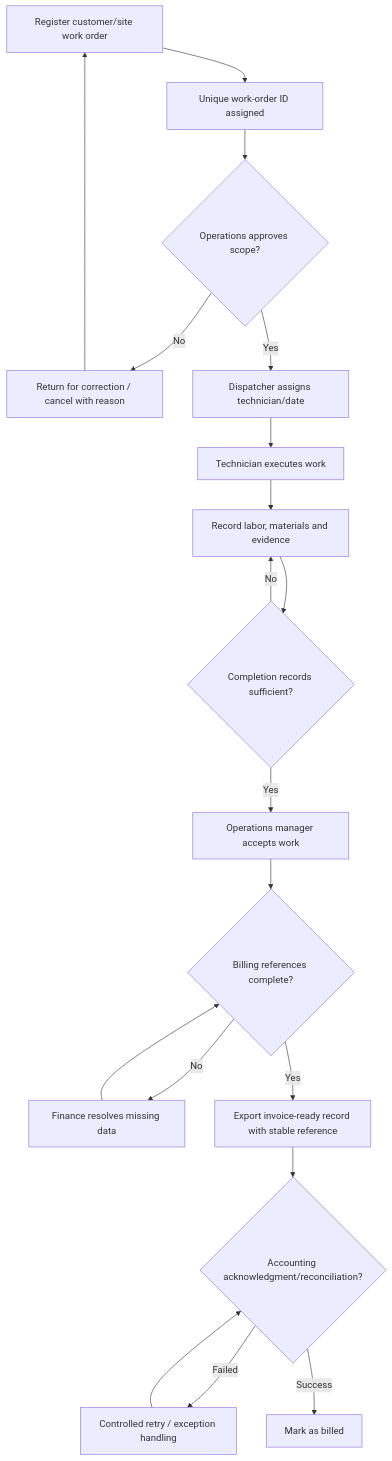
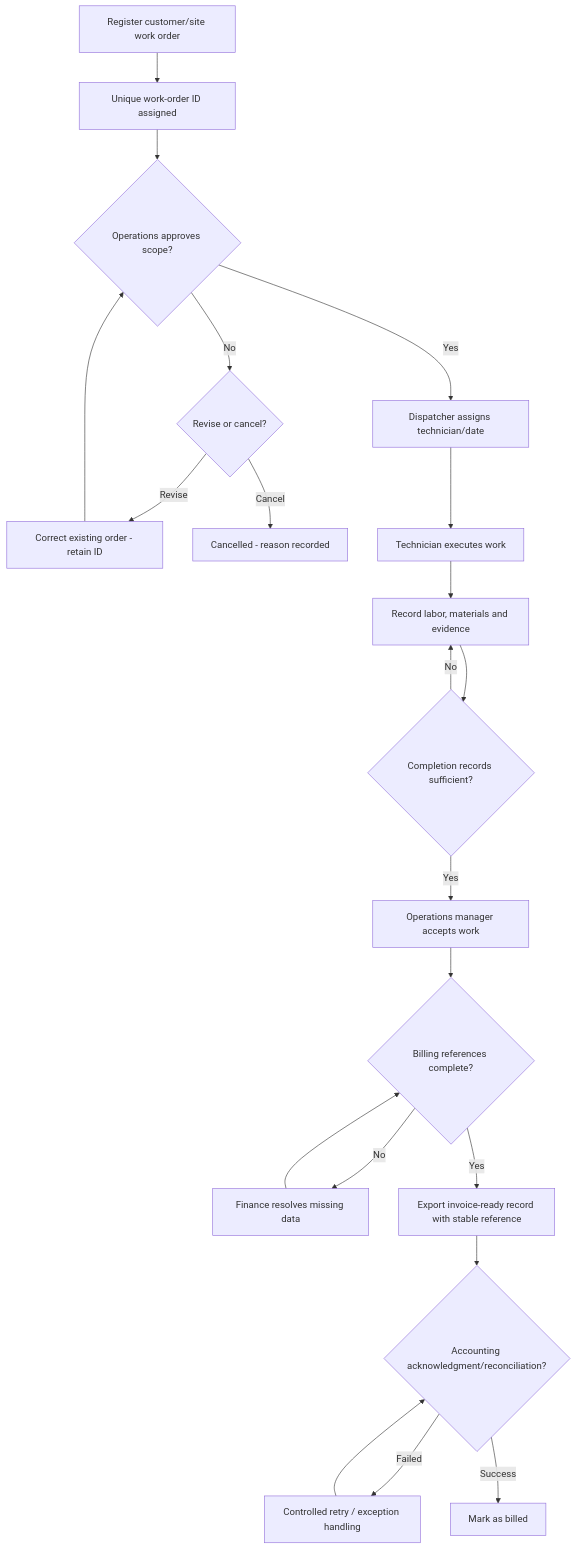
Before and after one commit to polabroda/ERP_Business_Analysis: the diagram in diagrams/process_to_be.md, drawn with Mermaid.

````diff
--- a/diagrams/process_to_be.md
+++ b/diagrams/process_to_be.md
@@ -3,21 +3,23 @@
 ```mermaid
 flowchart TD
   A[Register customer/site work order] --> B[Unique work-order ID assigned]
   B --> C{Operations approves scope?}
-  C -- No --> D[Return for correction / cancel with reason]
-  D --> A
+  C -- No --> D{Revise or cancel?}
+  D -- Revise --> P[Correct existing order - retain ID]
+  P --> C
+  D -- Cancel --> Q[Cancelled - reason recorded]
   C -- Yes --> E[Dispatcher assigns technician/date]
   E --> F[Technician executes work]
   F --> G[Record labor, materials and evidence]
   G --> H{Completion records sufficient?}
   H -- No --> G
   H -- Yes --> I[Operations manager accepts work]
   I --> J{Billing references complete?}
   J -- No --> K[Finance resolves missing data]
   K --> J
   J -- Yes --> L[Export invoice-ready record with stable reference]
   L --> M{Accounting acknowledgment/reconciliation?}
   M -- Failed --> N[Controlled retry / exception handling]
   N --> M
   M -- Success --> O[Mark as billed]
 ```
````
